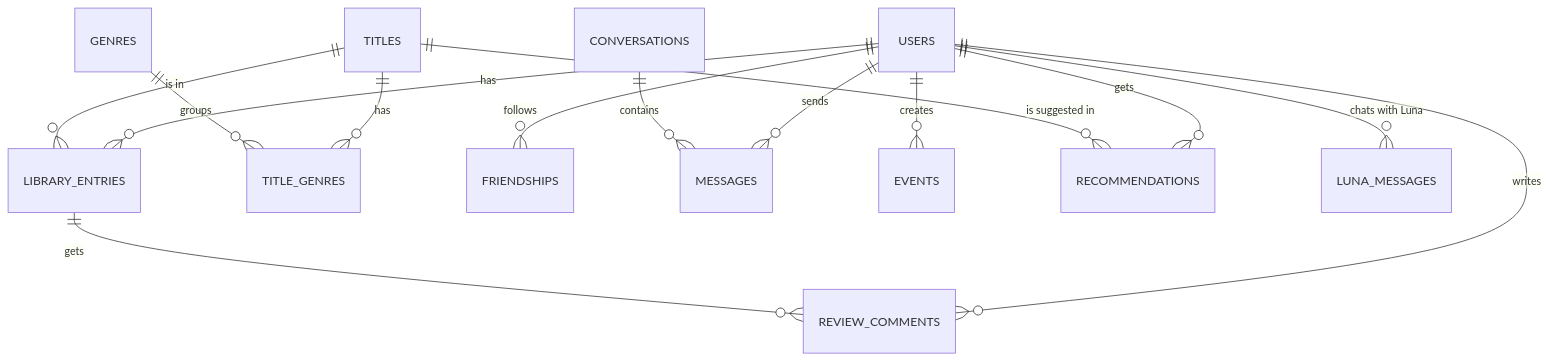
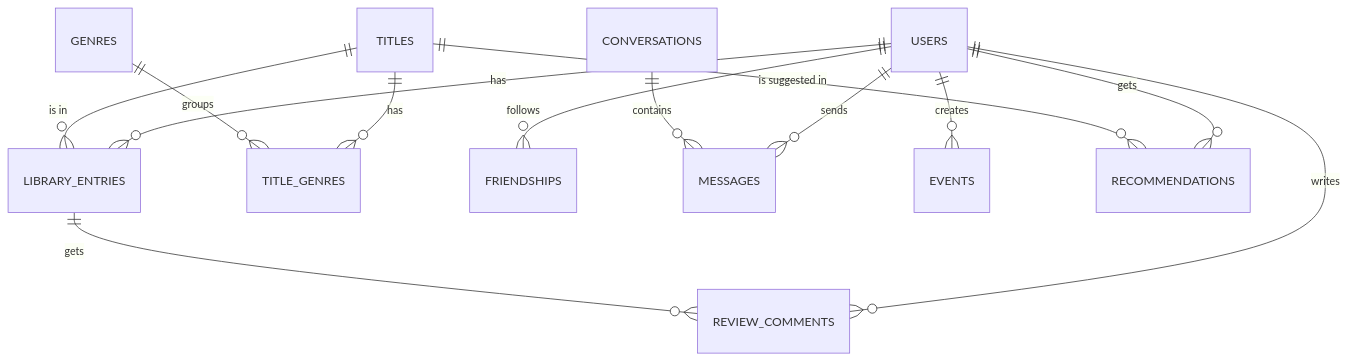
One commit to jasonkishore82/grab_the_popcorn changed the third of 5 diagrams in docs/HOW_IT_WORKS.md. Above: the diagram before and after it, drawn with Mermaid. The commit also changed other lines of this file and 15 other files, not shown here.

````diff
--- a/docs/HOW_IT_WORKS.md
+++ b/docs/HOW_IT_WORKS.md
@@ -146,16 +141,15 @@
 ```mermaid
 erDiagram
     USERS ||--o{ LIBRARY_ENTRIES : has
     TITLES ||--o{ LIBRARY_ENTRIES : "is in"
     TITLES ||--o{ TITLE_GENRES : has
     GENRES ||--o{ TITLE_GENRES : groups
     USERS ||--o{ FRIENDSHIPS : "follows"
     USERS ||--o{ MESSAGES : sends
     CONVERSATIONS ||--o{ MESSAGES : contains
     USERS ||--o{ REVIEW_COMMENTS : writes
     LIBRARY_ENTRIES ||--o{ REVIEW_COMMENTS : "gets"
     USERS ||--o{ EVENTS : creates
     USERS ||--o{ RECOMMENDATIONS : gets
     TITLES ||--o{ RECOMMENDATIONS : "is suggested in"
-    USERS ||--o{ LUNA_MESSAGES : "chats with Luna"
 ```
````
